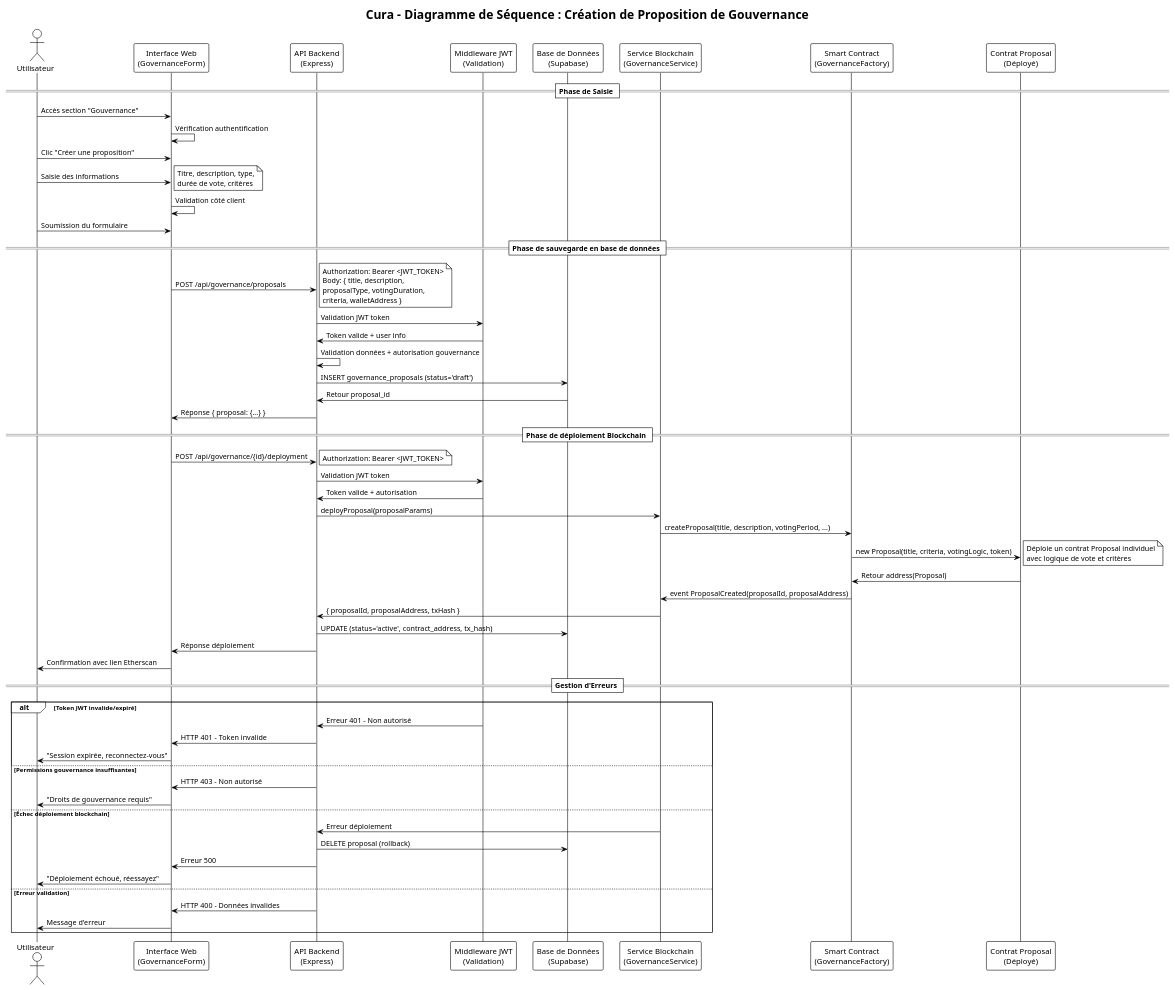
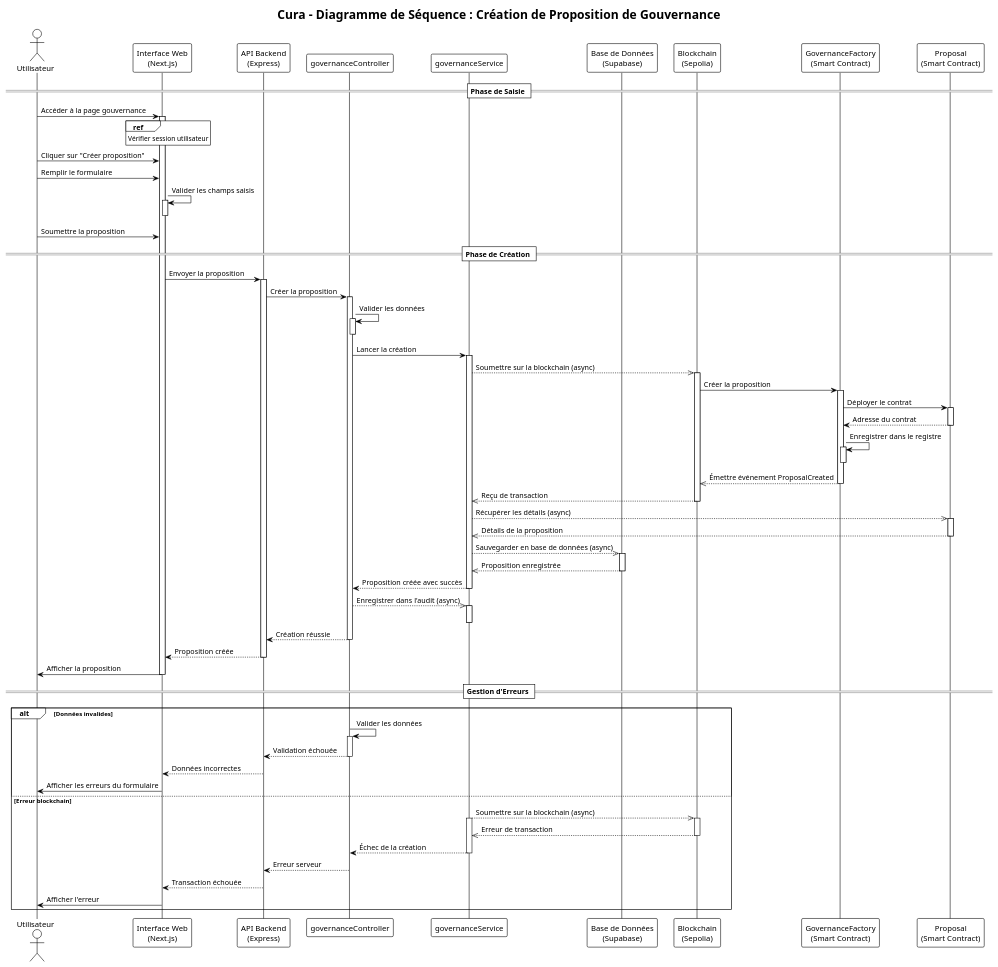
One commit to monark-community/zk-medical-data-exchange changed the diagram in docs/sequence-diagrams/governance-proposal-creation-sequence.puml. Above: the diagram before and after it, drawn with PlantUML. The commit also changed 11 other files, not shown here.

Commit message:
feat: Update sequence diagrams

```diff
--- a/docs/sequence-diagrams/governance-proposal-creation-sequence.puml
+++ b/docs/sequence-diagrams/governance-proposal-creation-sequence.puml
@@ -1,82 +1,107 @@
 @startuml Governance_Proposal_Creation_Sequence
 !theme plain
 
 title Cura - Diagramme de Séquence : Création de Proposition de Gouvernance
 
 actor "Utilisateur" as User
-participant "Interface Web\n(GovernanceForm)" as Frontend
+participant "Interface Web\n(Next.js)" as Frontend
 participant "API Backend\n(Express)" as Backend
-participant "Middleware JWT\n(Validation)" as JWTMiddleware
+participant "governanceController" as Controller
+participant "governanceService" as Service
 participant "Base de Données\n(Supabase)" as Database
-participant "Service Blockchain\n(GovernanceService)" as Blockchain
-participant "Smart Contract\n(GovernanceFactory)" as Factory
-participant "Contrat Proposal\n(Déployé)" as ProposalContract
+participant "Blockchain\n(Sepolia)" as Blockchain
+participant "GovernanceFactory\n(Smart Contract)" as Factory
+participant "Proposal\n(Smart Contract)" as ProposalContract
 
 == Phase de Saisie ==
-User -> Frontend : Accès section "Gouvernance"
-Frontend -> Frontend : Vérification authentification
-User -> Frontend : Clic "Créer une proposition"
-User -> Frontend : Saisie des informations
-note right
-Titre, description, type,
-durée de vote, critères
-end note
-Frontend -> Frontend : Validation côté client
-User -> Frontend : Soumission du formulaire
+User -> Frontend : Accéder à la page gouvernance
+activate Frontend
+ref over Frontend : Vérifier session utilisateur
+User -> Frontend : Cliquer sur "Créer proposition"
+User -> Frontend : Remplir le formulaire
+Frontend -> Frontend : Valider les champs saisis
+activate Frontend
+deactivate Frontend
+User -> Frontend : Soumettre la proposition
 
-== Phase de sauvegarde en base de données ==
-Frontend -> Backend : POST /api/governance/proposals
-note right
-Authorization: Bearer <JWT_TOKEN>
-Body: { title, description, 
-proposalType, votingDuration,
-criteria, walletAddress }
-end note
+== Phase de Création ==
+Frontend -> Backend : Envoyer la proposition
+activate Backend
+Backend -> Controller : Créer la proposition
+activate Controller
 
-Backend -> JWTMiddleware : Validation JWT token
-JWTMiddleware -> Backend : Token valide + user info
-Backend -> Backend : Validation données + autorisation gouvernance
-Backend -> Database : INSERT governance_proposals (status='draft')
-Database -> Backend : Retour proposal_id
-Backend -> Frontend : Réponse { proposal: {...} }
+Controller -> Controller : Valider les données
+activate Controller
+deactivate Controller
 
-== Phase de déploiement Blockchain ==
-Frontend -> Backend : POST /api/governance/{id}/deployment
-note right
-Authorization: Bearer <JWT_TOKEN>
-end note
-Backend -> JWTMiddleware : Validation JWT token
-JWTMiddleware -> Backend : Token valide + autorisation
-Backend -> Blockchain : deployProposal(proposalParams)
-Blockchain -> Factory : createProposal(title, description, votingPeriod, ...)
-Factory -> ProposalContract : new Proposal(title, criteria, votingLogic, token)
-note right
-Déploie un contrat Proposal individuel
-avec logique de vote et critères
-end note
-ProposalContract -> Factory : Retour address(Proposal)
-Factory -> Blockchain : event ProposalCreated(proposalId, proposalAddress)
-Blockchain -> Backend : { proposalId, proposalAddress, txHash }
-Backend -> Database : UPDATE (status='active', contract_address, tx_hash)
-Backend -> Frontend : Réponse déploiement
-Frontend -> User : Confirmation avec lien Etherscan
+Controller -> Service : Lancer la création
+activate Service
+
+Service -->> Blockchain : Soumettre sur la blockchain (async)
+activate Blockchain
+Blockchain -> Factory : Créer la proposition
+activate Factory
+
+Factory -> ProposalContract : Déployer le contrat
+activate ProposalContract
+ProposalContract --> Factory : Adresse du contrat
+deactivate ProposalContract
+
+Factory -> Factory : Enregistrer dans le registre
+activate Factory
+deactivate Factory
+
+Factory -->> Blockchain : Émettre événement ProposalCreated
+deactivate Factory
+
+Blockchain -->> Service : Reçu de transaction
+deactivate Blockchain
+
+Service -->> ProposalContract : Récupérer les détails (async)
+activate ProposalContract
+ProposalContract -->> Service : Détails de la proposition
+deactivate ProposalContract
+
+Service -->> Database : Sauvegarder en base de données (async)
+activate Database
+Database -->> Service : Proposition enregistrée
+deactivate Database
+
+Service --> Controller : Proposition créée avec succès
+deactivate Service
+
+Controller -->> Service : Enregistrer dans l'audit (async)
+activate Service
+deactivate Service
+
+Controller --> Backend : Création réussie
+deactivate Controller
+
+Backend --> Frontend : Proposition créée
+deactivate Backend
+
+Frontend -> User : Afficher la proposition
+deactivate Frontend
 
 == Gestion d'Erreurs ==
-alt Token JWT invalide/expiré
-    JWTMiddleware -> Backend : Erreur 401 - Non autorisé
-    Backend -> Frontend : HTTP 401 - Token invalide
-    Frontend -> User : "Session expirée, reconnectez-vous"
-else Permissions gouvernance insuffisantes
-    Backend -> Frontend : HTTP 403 - Non autorisé
-    Frontend -> User : "Droits de gouvernance requis"
-else Échec déploiement blockchain
-    Blockchain -> Backend : Erreur déploiement
-    Backend -> Database : DELETE proposal (rollback)
-    Backend -> Frontend : Erreur 500
-    Frontend -> User : "Déploiement échoué, réessayez"
-else Erreur validation
-    Backend -> Frontend : HTTP 400 - Données invalides
-    Frontend -> User : Message d'erreur
+alt Données invalides
+    Controller -> Controller : Valider les données
+    activate Controller
+    Controller --> Backend : Validation échouée
+    deactivate Controller
+    Backend --> Frontend : Données incorrectes
+    Frontend -> User : Afficher les erreurs du formulaire
+else Erreur blockchain
+    Service -->> Blockchain : Soumettre sur la blockchain (async)
+    activate Service
+    activate Blockchain
+    Blockchain -->> Service : Erreur de transaction
+    deactivate Blockchain
+    Service --> Controller : Échec de la création
+    deactivate Service
+    Controller --> Backend : Erreur serveur
+    Backend --> Frontend : Transaction échouée
+    Frontend -> User : Afficher l'erreur
 end
 
 @enduml
```
